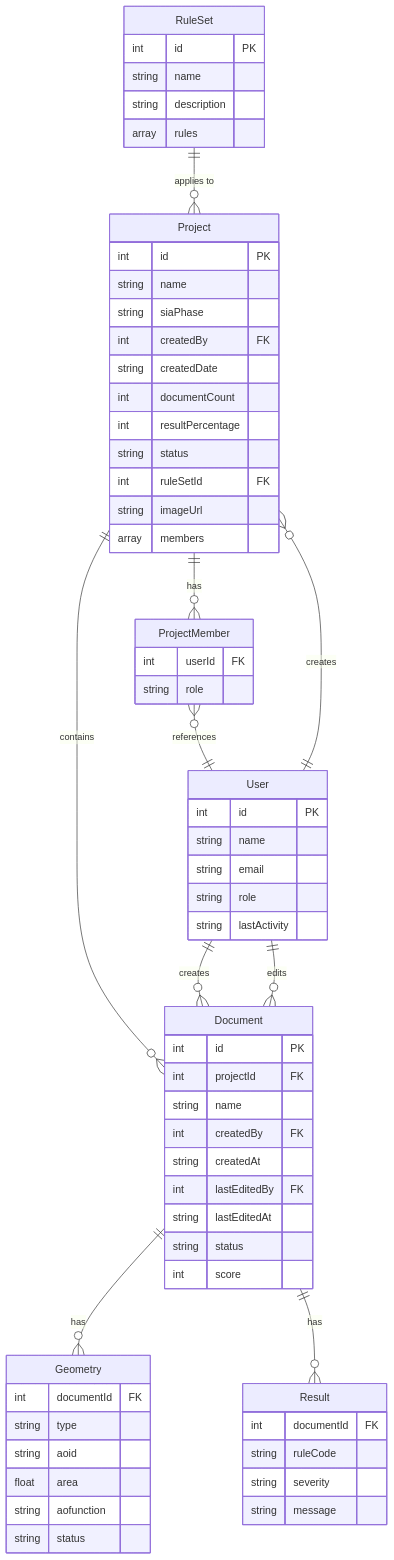
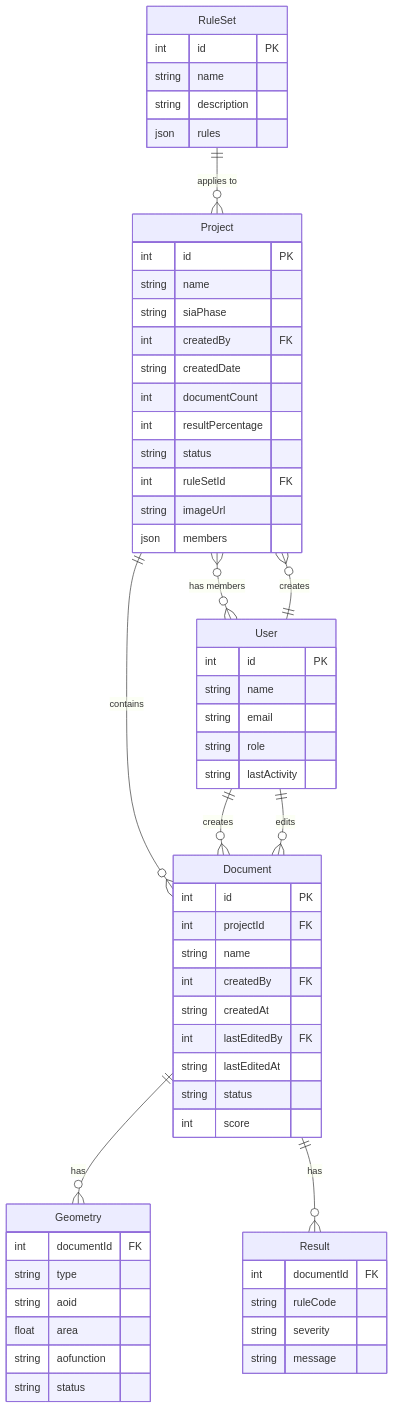
The diagram in documentation/data-model.md (davras5/plan-check), drawn with Mermaid before and after one commit. The commit also changed other lines of this file, not shown here.

````diff
--- a/documentation/data-model.md
+++ b/documentation/data-model.md
@@ -11,74 +11,68 @@
 ```mermaid
 erDiagram
     RuleSet ||--o{ Project : "applies to"
     Project ||--o{ Document : "contains"
-    Project ||--o{ ProjectMember : "has"
-    ProjectMember }o--|| User : "references"
+    Project }o--o{ User : "has members"
     User ||--o{ Project : "creates"
     User ||--o{ Document : "creates"
     User ||--o{ Document : "edits"
     Document ||--o{ Geometry : "has"
     Document ||--o{ Result : "has"
 
     RuleSet {
         int id PK
         string name
         string description
-        array rules
+        json rules
     }
 
     Project {
         int id PK
         string name
         string siaPhase
         int createdBy FK
         string createdDate
         int documentCount
         int resultPercentage
         string status
         int ruleSetId FK
         string imageUrl
-        array members
-    }
-
-    ProjectMember {
-        int userId FK
-        string role
+        json members
     }
 
     Document {
         int id PK
         int projectId FK
         string name
         int createdBy FK
         string createdAt
         int lastEditedBy FK
         string lastEditedAt
         string status
         int score
     }
 
     Geometry {
         int documentId FK
         string type
         string aoid
         float area
         string aofunction
         string status
     }
 
     Result {
         int documentId FK
         string ruleCode
         string severity
         string message
     }
 
     User {
         int id PK
         string name
         string email
         string role
         string lastActivity
     }
 ```
````
